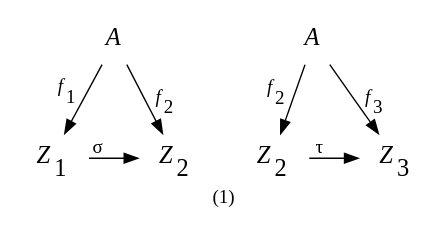
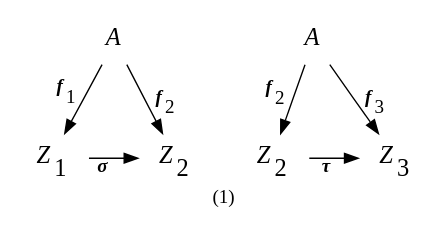
The fourth of 11 diagrams in docs/Paolo-Aluffi-Algebra-Chapter-0/Chapter-1-Preliminaries-Set-Theory-And-Categories/Section-3-Categories.md (bcatalfo/Math-Solutions), drawn with Graphviz before and after one commit. The commit also changed other lines of this file and 6 other files, not shown here.

Commit message:
Fixed all the commutative diagrams in 3.7.

````diff
--- a/docs/Paolo-Aluffi-Algebra-Chapter-0/Chapter-1-Preliminaries-Set-Theory-And-Categories/Section-3-Categories.md
+++ b/docs/Paolo-Aluffi-Algebra-Chapter-0/Chapter-1-Preliminaries-Set-Theory-And-Categories/Section-3-Categories.md
@@ -103,24 +103,24 @@
 ```dot
 digraph {
   label="(1)"
   {
     node [shape=none fontsize=18]
     A [label=<<i>A</i>>];
     Z_1 [label=<<i>Z</i><sub>1</sub>>];
     Z_2 [label=<<i>Z</i><sub>2</sub>>];
     _A [label=<<i>A</i>>];
     _Z_2 [label=<<i>Z</i><sub>2</sub>>];
     _Z_3 [label=<<i>Z</i><sub>3</sub>>]
   }
   subgraph {
-    A -> Z_1 [xlabel=<<i>f</i><sub>1</sub> >];
-    A -> Z_2 [label=< <i>f</i><sub>2</sub>>];
-    {Z_1 -> Z_2 [xlabel=<  &sigma;>]; rank=same;}
+    A -> Z_1 [xlabel=<<i><b>f</b></i><sub>1</sub> >];
+    A -> Z_2 [label=< <i><b>f</b></i><sub>2</sub>>];
+    {Z_1 -> Z_2 [xlabel=<  <i><b>&sigma;     </b></i>>]; rank=same;}
   }
   subgraph {
-    _A -> _Z_2 [xlabel=<<i>f</i><sub>2</sub> >];
-    _A -> _Z_3 [label=< <i>f</i><sub>3</sub>>];
-    {_Z_2 -> _Z_3 [xlabel=<  &tau;>]; rank=same;}
+    _A -> _Z_2 [xlabel=<<i><b>f</b></i><sub>2</sub> >];
+    _A -> _Z_3 [label=< <i><b>f</b></i><sub>3</sub>>];
+    {_Z_2 -> _Z_3 [xlabel=<  <i><b>&tau;    </b></i>>]; rank=same;}
   }
 }
 ```
````
